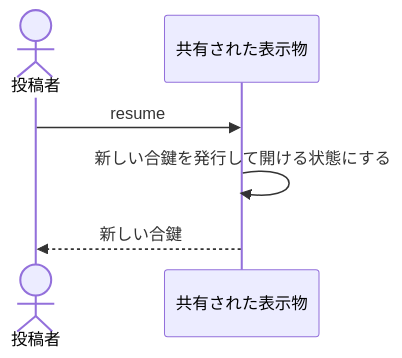
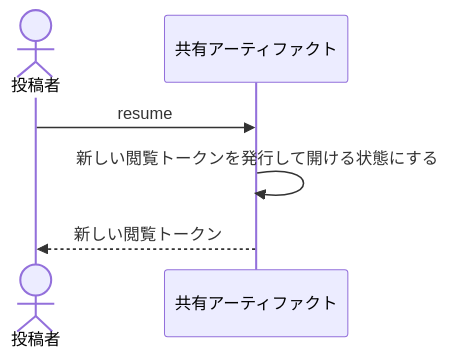
The diagram in .waffle/specs/bc-artifact-share/subdomain/sd-artifact-sharing/usecase/uc-resume-artifact.md (daidaiiro-519/waffle), drawn with Mermaid before and after one commit. The commit also changed other lines of this file and 23 other files, not shown here.

````diff
--- a/.waffle/specs/bc-artifact-share/subdomain/sd-artifact-sharing/usecase/uc-resume-artifact.md
+++ b/.waffle/specs/bc-artifact-share/subdomain/sd-artifact-sharing/usecase/uc-resume-artifact.md
@@ -38,7 +38,7 @@
 ```mermaid
 sequenceDiagram
     actor 投稿者
-    投稿者->>共有された表示物: resume
-    共有された表示物->>共有された表示物: 新しい合鍵を発行して開ける状態にする
-    共有された表示物-->>投稿者: 新しい合鍵
+    投稿者->>共有アーティファクト: resume
+    共有アーティファクト->>共有アーティファクト: 新しい閲覧トークンを発行して開ける状態にする
+    共有アーティファクト-->>投稿者: 新しい閲覧トークン
 ```
````
